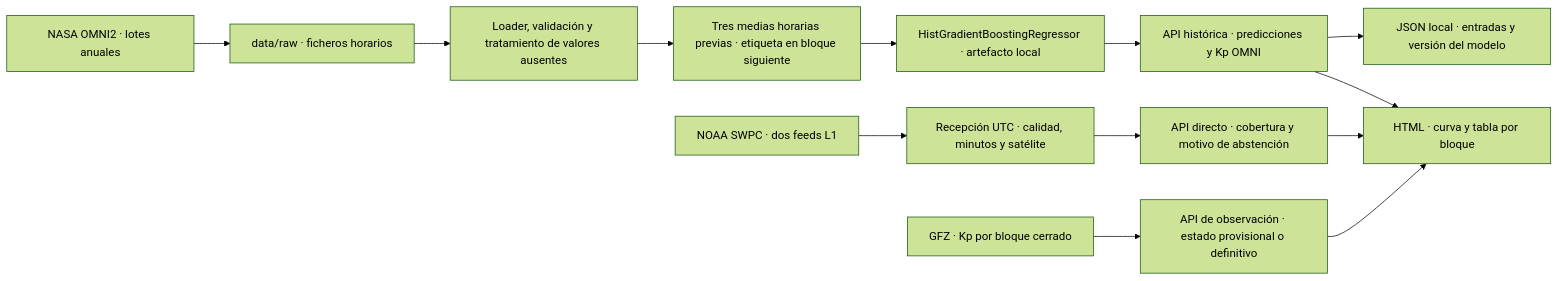
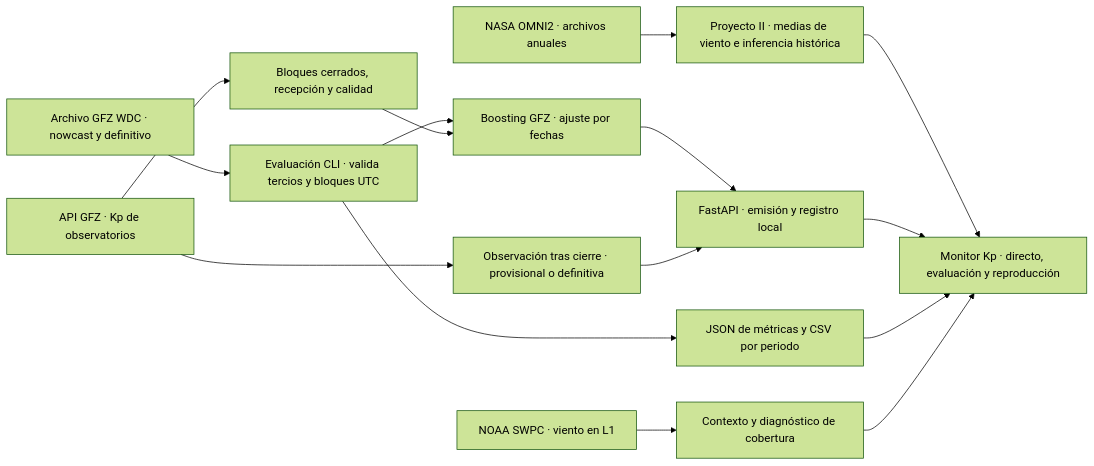
One commit to AlvaroPRuiiz/pronostico-geomagnetico changed the diagram in README.md. Above: the diagram before and after it, drawn with Mermaid (forest theme). The commit also changed other lines of this file and 15 other files, not shown here.

Commit message:
Emite Kp con bloques GFZ cerrados y evalúa el monitor operativo

````diff
--- a/README.md
+++ b/README.md
@@ -123,15 +124,17 @@
 ```mermaid
 flowchart LR
-    NASA["NASA OMNI2 · lotes anuales"] --> Raw["data/raw · ficheros horarios"]
-    Raw --> Limpieza["Loader, validación y tratamiento de valores ausentes"]
-    Limpieza --> Variables["Tres medias horarias previas · etiqueta en bloque siguiente"]
-    Variables --> HGB["HistGradientBoostingRegressor · artefacto local"]
-    HGB --> Historico["API histórica · predicciones y Kp OMNI"]
-    Historico --> Audit["JSON local · entradas y versión del modelo"]
-    NOAA["NOAA SWPC · dos feeds L1"] --> Control["Recepción UTC · calidad, minutos y satélite"]
-    Control --> Directo["API directo · cobertura y motivo de abstención"]
-    GFZ["GFZ · Kp por bloque cerrado"] --> Observacion["API de observación · estado provisional o definitivo"]
-    Historico --> Web["HTML · curva y tabla por bloque"]
+    Arch["Archivo GFZ WDC · nowcast y definitivo"] --> Lote["Evaluación CLI · valida tercios y bloques UTC"]
+    Lote --> Modelo["Boosting GFZ · ajuste por fechas"]
+    Lote --> Resultados["JSON de métricas y CSV por periodo"]
+    Tiempo["API GFZ · Kp de observatorios"] --> Filtro["Bloques cerrados, recepción y calidad"]
+    Filtro --> Modelo
+    Modelo --> Directo["FastAPI · emisión y registro local"]
+    Tiempo --> Obs["Observación tras cierre · provisional o definitiva"]
+    Obs --> Directo
+    NASA["NASA OMNI2 · archivos anuales"] --> II["Proyecto II · medias de viento e inferencia histórica"]
+    NOAA["NOAA SWPC · viento en L1"] --> Datos["Contexto y diagnóstico de cobertura"]
+    II --> Web["Monitor Kp · directo, evaluación y reproducción"]
     Directo --> Web
-    Observacion --> Web
+    Resultados --> Web
+    Datos --> Web
 ```
````
